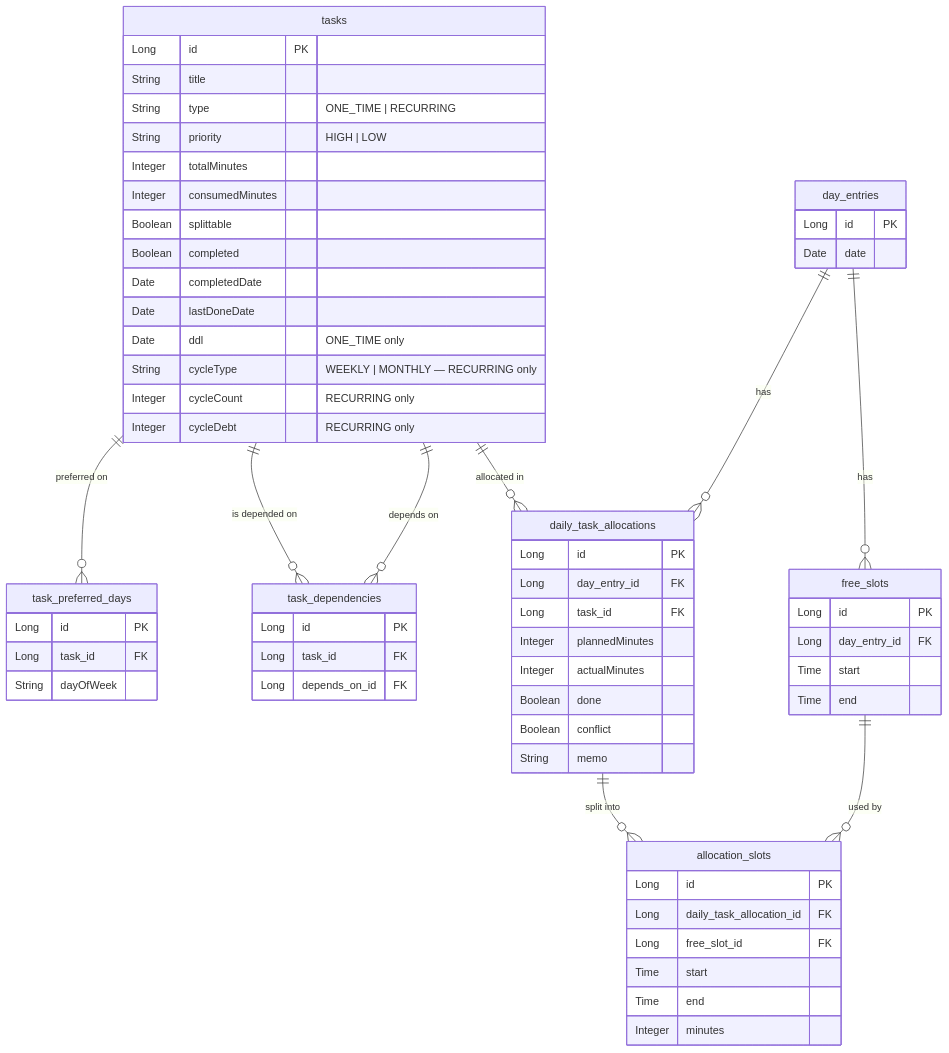
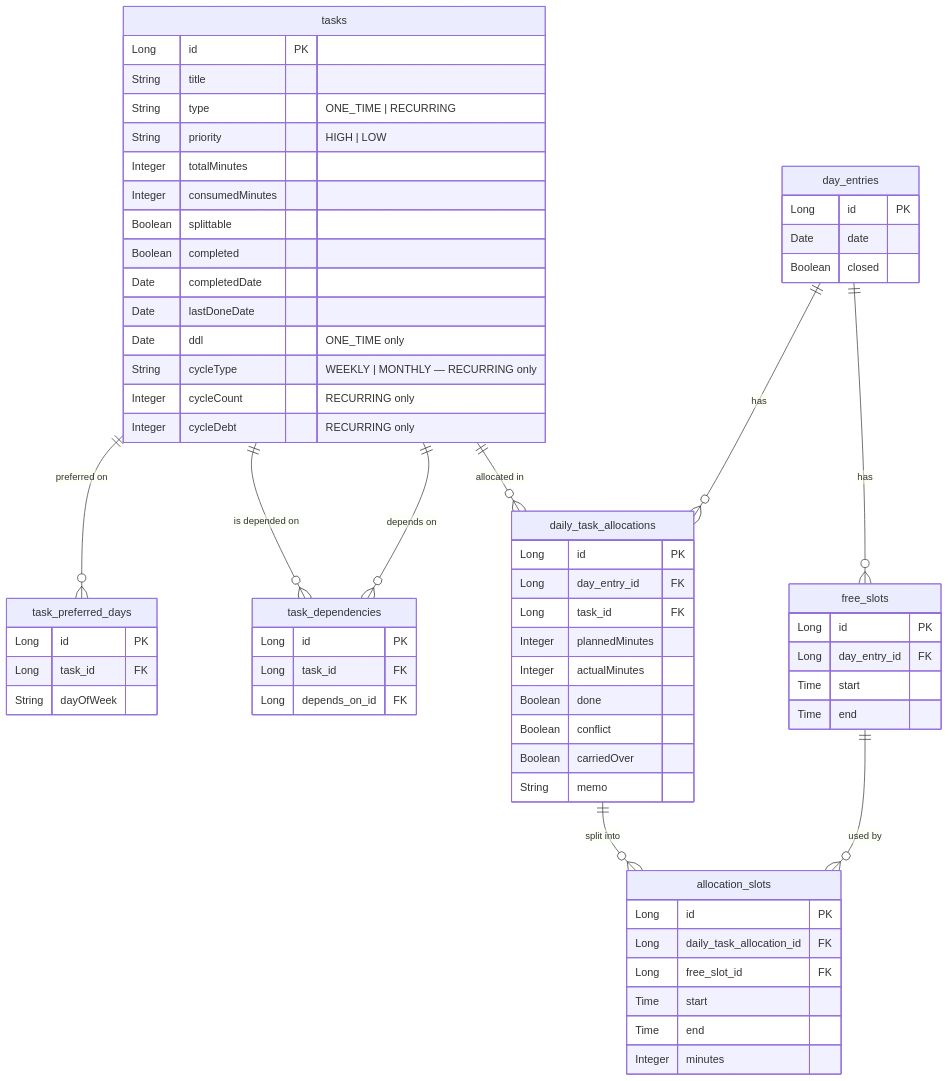
One commit to ivy-alive/slotwise-backend changed the diagram in README.md. Above: the diagram before and after it, drawn with Mermaid. The commit also changed other lines of this file and 8 other files, not shown here.

````diff
--- a/README.md
+++ b/README.md
@@ -115,72 +139,74 @@
 ```mermaid
 erDiagram
     tasks {
         Long id PK
         String title
         String type "ONE_TIME | RECURRING"
         String priority "HIGH | LOW"
         Integer totalMinutes
         Integer consumedMinutes
         Boolean splittable
         Boolean completed
         Date completedDate
         Date lastDoneDate
         Date ddl "ONE_TIME only"
         String cycleType "WEEKLY | MONTHLY — RECURRING only"
         Integer cycleCount "RECURRING only"
         Integer cycleDebt "RECURRING only"
     }
 
     task_preferred_days {
         Long id PK
         Long task_id FK
         String dayOfWeek
     }
 
     task_dependencies {
         Long id PK
         Long task_id FK
         Long depends_on_id FK
     }
 
     day_entries {
         Long id PK
         Date date
+        Boolean closed
     }
 
     free_slots {
         Long id PK
         Long day_entry_id FK
         Time start
         Time end
     }
 
     daily_task_allocations {
         Long id PK
         Long day_entry_id FK
         Long task_id FK
         Integer plannedMinutes
         Integer actualMinutes
         Boolean done
         Boolean conflict
+        Boolean carriedOver
         String memo
     }
 
     allocation_slots {
         Long id PK
         Long daily_task_allocation_id FK
         Long free_slot_id FK
         Time start
         Time end
         Integer minutes
     }
 
     tasks ||--o{ task_preferred_days : "preferred on"
     tasks ||--o{ task_dependencies : "is depended on"
     tasks ||--o{ task_dependencies : "depends on"
     tasks ||--o{ daily_task_allocations : "allocated in"
     day_entries ||--o{ free_slots : "has"
     day_entries ||--o{ daily_task_allocations : "has"
     daily_task_allocations ||--o{ allocation_slots : "split into"
     free_slots ||--o{ allocation_slots : "used by"
 ```
````
